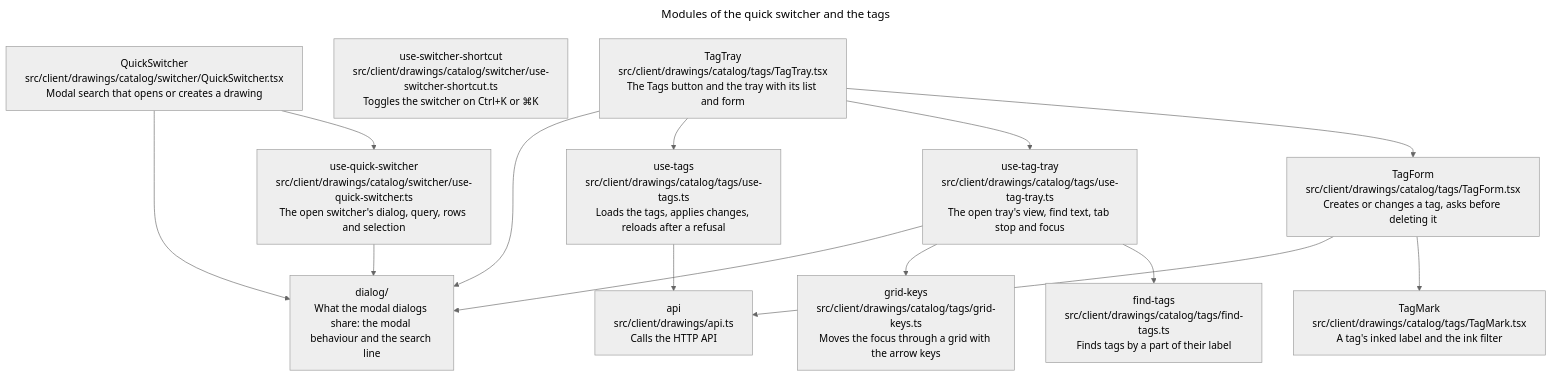
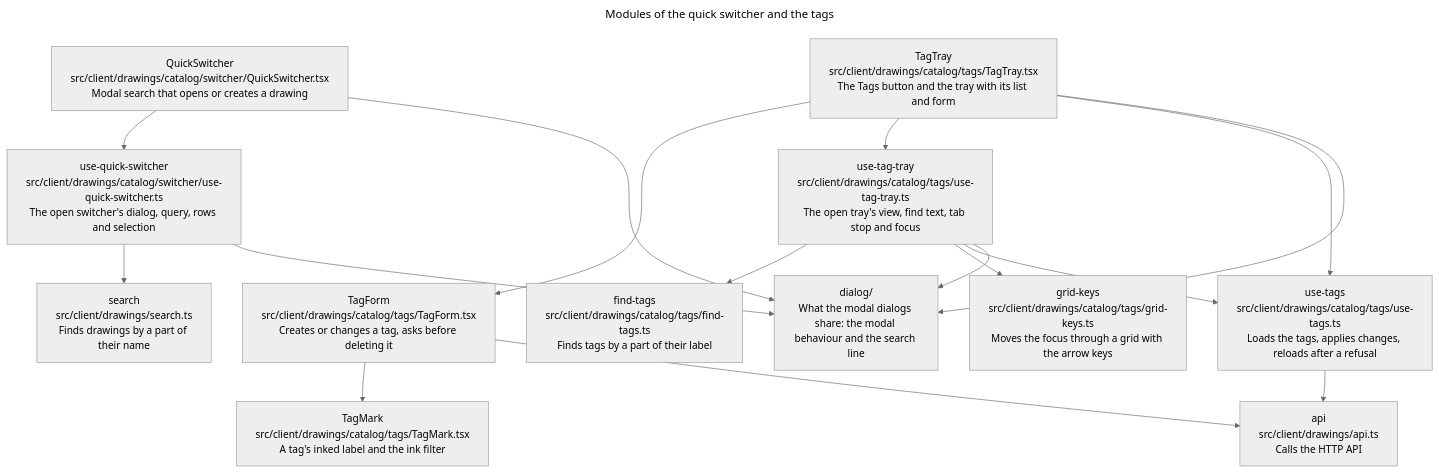
The eighth of 11 diagrams in docs/architecture/architecture.md (remshams/excalidraw-dashboard), drawn with Mermaid (neutral theme) before and after one commit. The commit also changed 1 other file, not shown here.

Commit message:
docs(Architecture): draw the search and tag dependencies

````diff
--- a/docs/architecture/architecture.md
+++ b/docs/architecture/architecture.md
@@ -239,24 +239,24 @@
 ```mermaid
 ---
 title: Modules of the quick switcher and the tags
 ---
 flowchart TD
     switcher["QuickSwitcher<br>src/client/drawings/catalog/switcher/QuickSwitcher.tsx<br>Modal search that opens or creates a drawing"]:::module
     switcherState["use-quick-switcher<br>src/client/drawings/catalog/switcher/use-quick-switcher.ts<br>The open switcher's dialog, query, rows and selection"]:::module
-    shortcut["use-switcher-shortcut<br>src/client/drawings/catalog/switcher/use-switcher-shortcut.ts<br>Toggles the switcher on Ctrl+K or ⌘K"]:::module
+    search["search<br>src/client/drawings/search.ts<br>Finds drawings by a part of their name"]:::module
     tray["TagTray<br>src/client/drawings/catalog/tags/TagTray.tsx<br>The Tags button and the tray with its list and form"]:::module
     trayState["use-tag-tray<br>src/client/drawings/catalog/tags/use-tag-tray.ts<br>The open tray's view, find text, tab stop and focus"]:::module
     form["TagForm<br>src/client/drawings/catalog/tags/TagForm.tsx<br>Creates or changes a tag, asks before deleting it"]:::module
     mark["TagMark<br>src/client/drawings/catalog/tags/TagMark.tsx<br>A tag's inked label and the ink filter"]:::module
     findTags["find-tags<br>src/client/drawings/catalog/tags/find-tags.ts<br>Finds tags by a part of their label"]:::module
     gridKeys["grid-keys<br>src/client/drawings/catalog/tags/grid-keys.ts<br>Moves the focus through a grid with the arrow keys"]:::module
     tags["use-tags<br>src/client/drawings/catalog/tags/use-tags.ts<br>Loads the tags, applies changes, reloads after a refusal"]:::module
     dialog["dialog/<br>What the modal dialogs share: the modal behaviour and the search line"]:::group
     api["api<br>src/client/drawings/api.ts<br>Calls the HTTP API"]:::module
     switcher --> switcherState & dialog
-    switcherState --> dialog
+    switcherState --> search & dialog
     tray --> form & trayState & tags & dialog
     form --> mark & api
-    trayState --> findTags & gridKeys & dialog
+    trayState --> findTags & gridKeys & tags & dialog
     tags --> api
 ```
````
